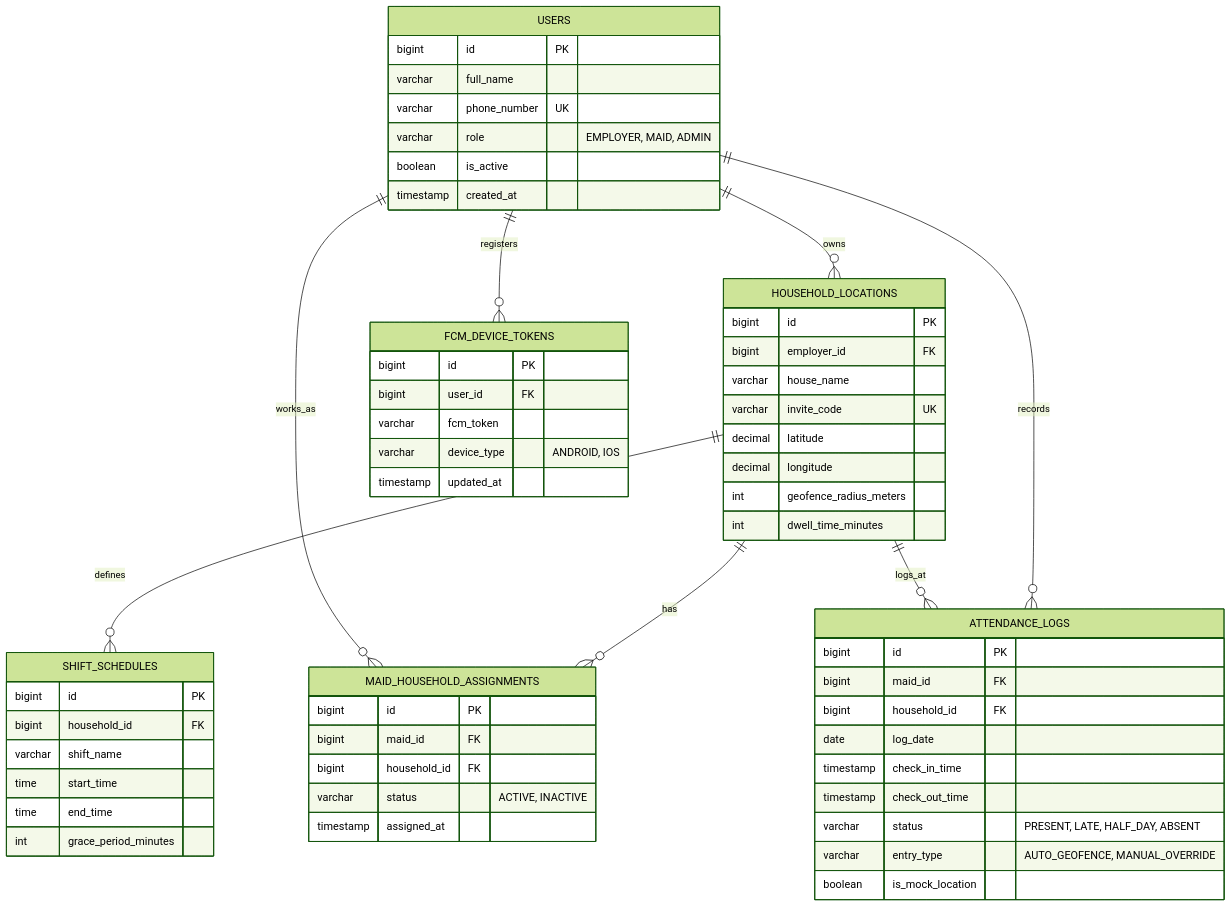
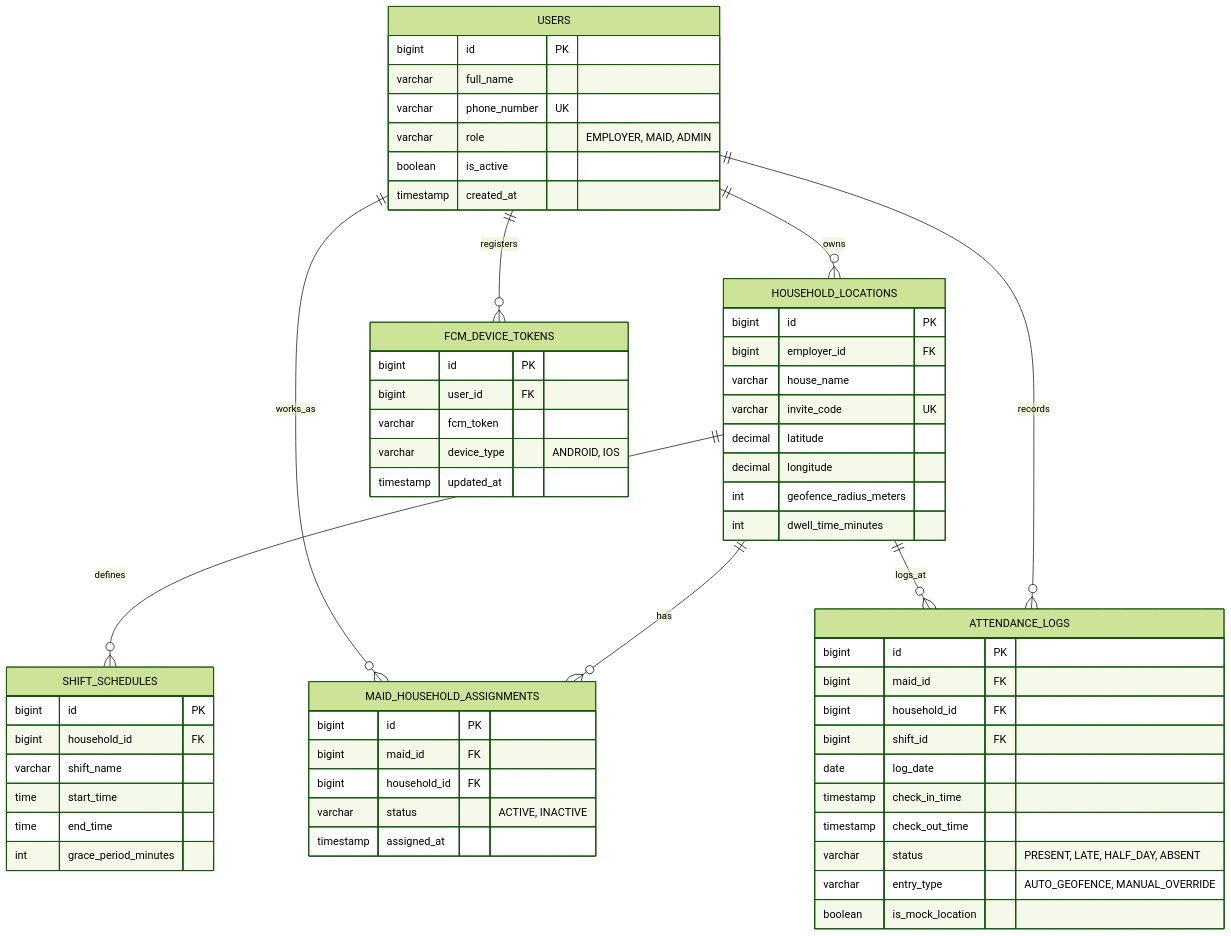
Diagram 11 of 11 in docs/SAHAYIKA_RFP_FUNCTIONAL_FLOW.md (Anand9120/domestic-maid-attendance), drawn with Mermaid (forest theme) before and after one commit. The commit also changed other lines of this file, not shown here.

Commit message:
docs: update RFP and Functional Flow Specification to v4.0 with security audit, 56 tests, and keep-alive cloud deployment

````diff
--- a/docs/SAHAYIKA_RFP_FUNCTIONAL_FLOW.md
+++ b/docs/SAHAYIKA_RFP_FUNCTIONAL_FLOW.md
@@ -390,67 +409,68 @@
 ```mermaid
 erDiagram
     USERS ||--o{ HOUSEHOLD_LOCATIONS : owns
     USERS ||--o{ MAID_HOUSEHOLD_ASSIGNMENTS : works_as
     HOUSEHOLD_LOCATIONS ||--o{ SHIFT_SCHEDULES : defines
     HOUSEHOLD_LOCATIONS ||--o{ MAID_HOUSEHOLD_ASSIGNMENTS : has
     HOUSEHOLD_LOCATIONS ||--o{ ATTENDANCE_LOGS : logs_at
     USERS ||--o{ ATTENDANCE_LOGS : records
     USERS ||--o{ FCM_DEVICE_TOKENS : registers
 
     USERS {
         bigint id PK
         varchar full_name
         varchar phone_number UK
         varchar role "EMPLOYER, MAID, ADMIN"
         boolean is_active
         timestamp created_at
     }
 
     HOUSEHOLD_LOCATIONS {
         bigint id PK
         bigint employer_id FK
         varchar house_name
         varchar invite_code UK
         decimal latitude
         decimal longitude
         int geofence_radius_meters
         int dwell_time_minutes
     }
 
     SHIFT_SCHEDULES {
         bigint id PK
         bigint household_id FK
         varchar shift_name
         time start_time
         time end_time
         int grace_period_minutes
     }
 
     MAID_HOUSEHOLD_ASSIGNMENTS {
         bigint id PK
         bigint maid_id FK
         bigint household_id FK
         varchar status "ACTIVE, INACTIVE"
         timestamp assigned_at
     }
 
     ATTENDANCE_LOGS {
         bigint id PK
         bigint maid_id FK
         bigint household_id FK
+        bigint shift_id FK
         date log_date
         timestamp check_in_time
         timestamp check_out_time
         varchar status "PRESENT, LATE, HALF_DAY, ABSENT"
         varchar entry_type "AUTO_GEOFENCE, MANUAL_OVERRIDE"
         boolean is_mock_location
     }
 
     FCM_DEVICE_TOKENS {
         bigint id PK
         bigint user_id FK
         varchar fcm_token
         varchar device_type "ANDROID, IOS"
         timestamp updated_at
     }
 ```
````
